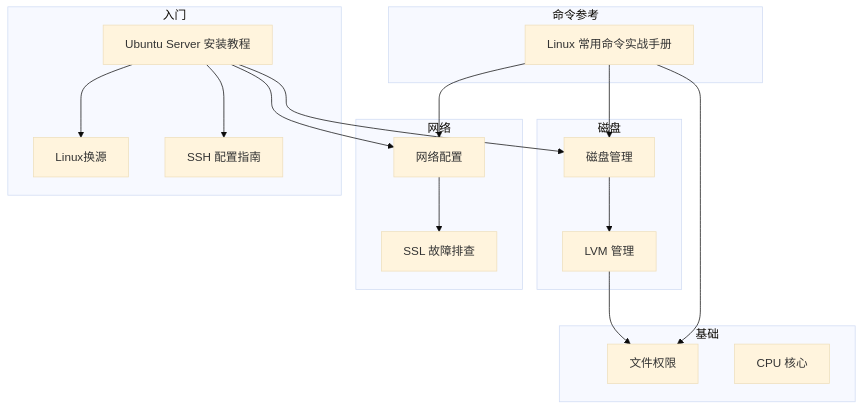
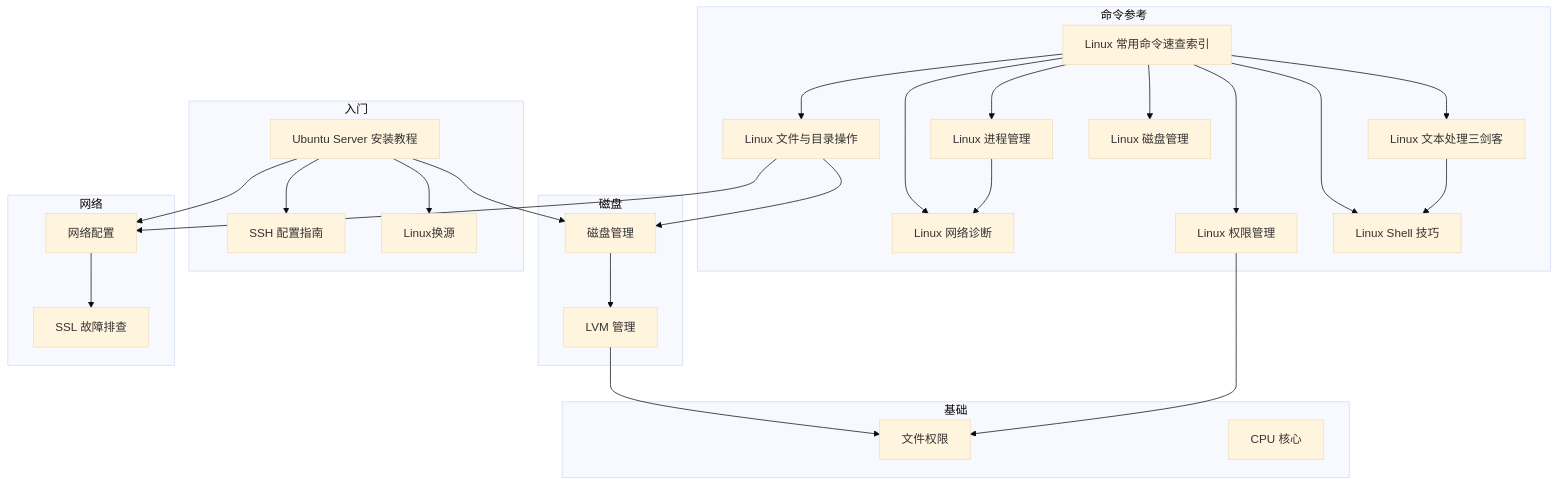
One commit to Treasoni/Study-Notes changed the fourth of 4 diagrams in linux/linux MOC.md. Above: the diagram before and after it, drawn with Mermaid (base theme). The commit also changed other lines of this file and 13 other files, not shown here.

````diff
--- a/linux/linux MOC.md
+++ b/linux/linux MOC.md
@@ -166,38 +218,54 @@
 ```mermaid
 graph TB
     subgraph 入门
         A[Ubuntu Server 安装教程]
         B[SSH 配置指南]
         C[Linux换源]
     end
     
     subgraph 命令参考
-        J[Linux 常用命令实战手册]
+        J[Linux 常用命令速查索引]
+        K[Linux 文件与目录操作]
+        L[Linux 文本处理三剑客]
+        M[Linux 进程管理]
+        N[Linux 网络诊断]
+        O[Linux 权限管理]
+        P[Linux 磁盘管理]
+        Q[Linux Shell 技巧]
     end
 
     subgraph 磁盘
         D[磁盘管理]
         E[LVM 管理]
     end
 
     subgraph 网络
         F[网络配置]
         G[SSL 故障排查]
     end
 
     subgraph 基础
         H[文件权限]
         I[CPU 核心]
     end
 
     A --> D
     A --> F
     A --> B
     A --> C
     D --> E
     F --> G
     E --> H
-    J --> H
-    J --> D
-    J --> F
+    J --> K
+    J --> L
+    J --> M
+    J --> N
+    J --> O
+    J --> P
+    J --> Q
+    K --> D
+    K --> F
+    L --> Q
+    M --> N
+    O --> H
 ```
````
